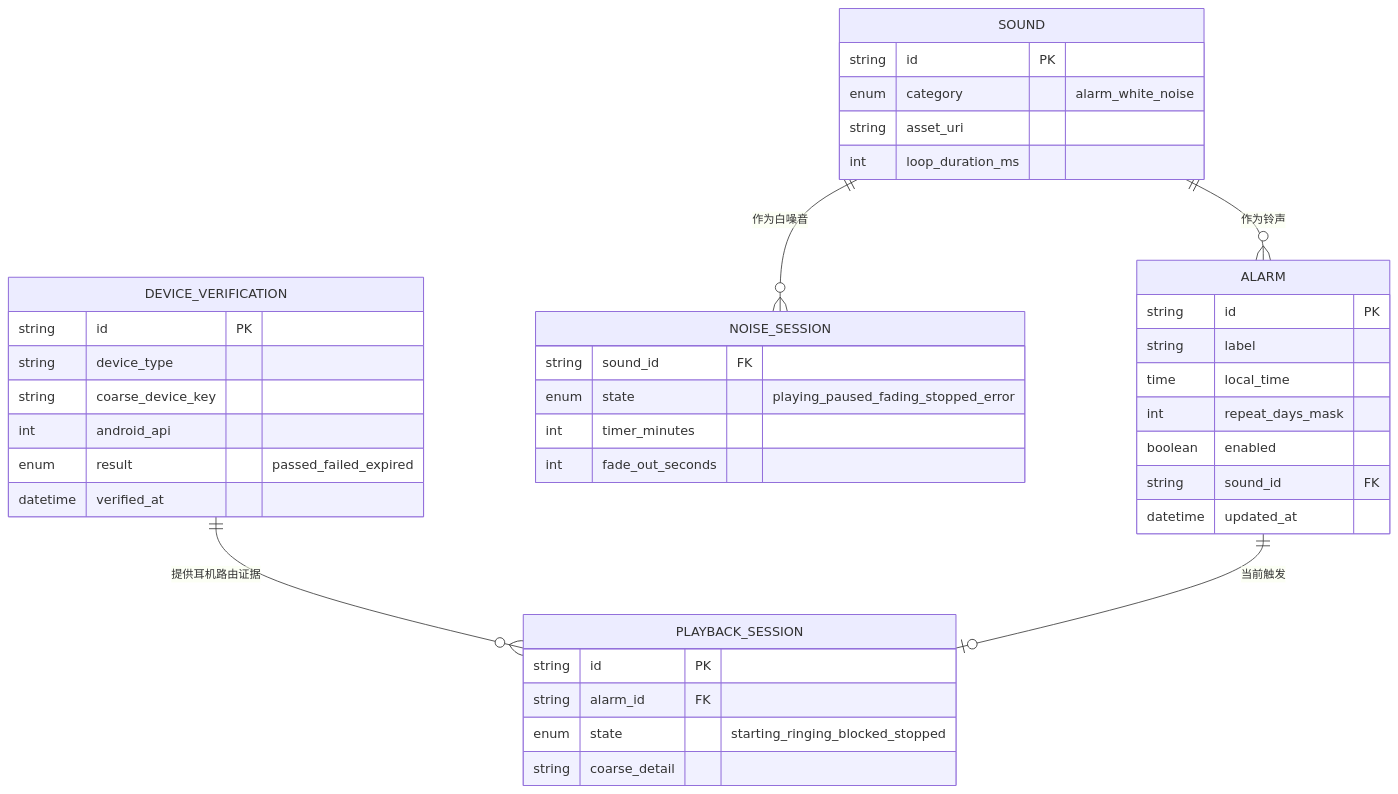
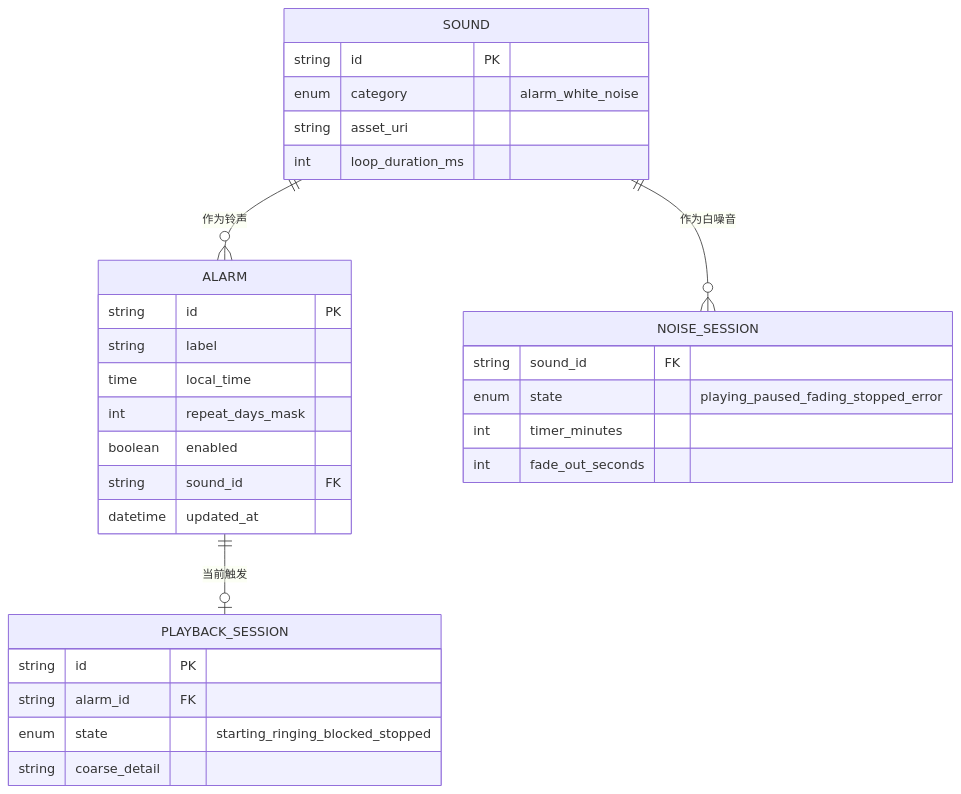
Before and after one commit to chenzhiyong1994/hush-wake: the second of 5 diagrams in docs/hush-wake-prd.md, drawn with Mermaid. The commit also changed other lines of this file and 29 other files, not shown here.

````diff
--- a/docs/hush-wake-prd.md
+++ b/docs/hush-wake-prd.md
@@ -415,43 +415,34 @@
 ```mermaid
 erDiagram
     SOUND ||--o{ ALARM : "作为铃声"
     SOUND ||--o{ NOISE_SESSION : "作为白噪音"
-    DEVICE_VERIFICATION ||--o{ PLAYBACK_SESSION : "提供耳机路由证据"
     ALARM ||--o| PLAYBACK_SESSION : "当前触发"
 
     ALARM {
         string id PK
         string label
         time local_time
         int repeat_days_mask
         boolean enabled
         string sound_id FK
         datetime updated_at
     }
     SOUND {
         string id PK
         enum category "alarm_white_noise"
         string asset_uri
         int loop_duration_ms
     }
-    DEVICE_VERIFICATION {
-        string id PK
-        string device_type
-        string coarse_device_key
-        int android_api
-        enum result "passed_failed_expired"
-        datetime verified_at
-    }
     PLAYBACK_SESSION {
         string id PK
         string alarm_id FK
         enum state "starting_ringing_blocked_stopped"
         string coarse_detail
     }
     NOISE_SESSION {
         string sound_id FK
         enum state "playing_paused_fading_stopped_error"
         int timer_minutes
         int fade_out_seconds
     }
 ```
````
